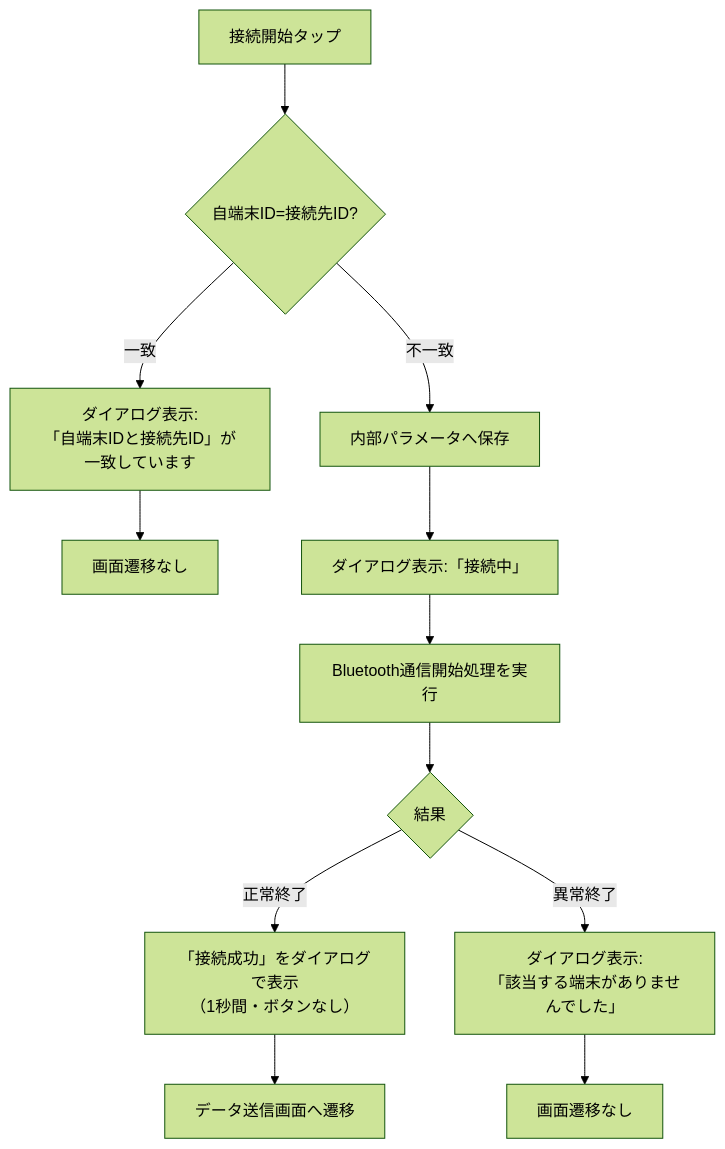
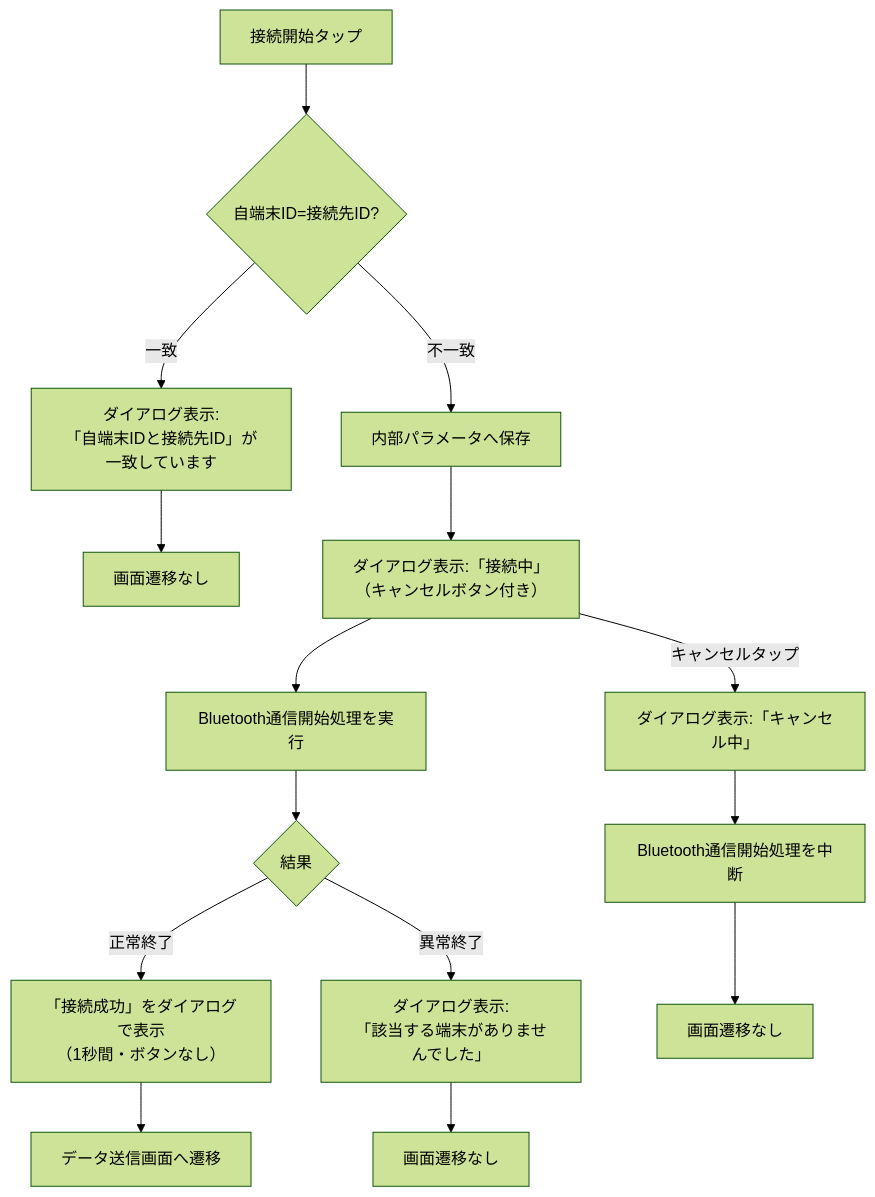
Before and after one commit to 728h7y4bdh-cr/Test.swiftpm: the second of 7 diagrams in docs/design/SS設計書.md, drawn with Mermaid (forest theme). The commit also changed other lines of this file and 3 other files, not shown here.

````diff
--- a/docs/design/SS設計書.md
+++ b/docs/design/SS設計書.md
@@ -84,14 +85,17 @@
 ```mermaid
 flowchart TD
     A[接続開始タップ] --> B{自端末ID=接続先ID?}
     B -->|一致| C[ダイアログ表示:\n「自端末IDと接続先ID」が一致しています]
     C --> Z[画面遷移なし]
     B -->|不一致| D[内部パラメータへ保存]
-    D --> E[ダイアログ表示:「接続中」]
+    D --> E[ダイアログ表示:「接続中」\n（キャンセルボタン付き）]
     E --> F[Bluetooth通信開始処理を実行]
     F --> G{結果}
     G -->|正常終了| H["「接続成功」をダイアログで表示<br/>（1秒間・ボタンなし）"]
     H --> I[データ送信画面へ遷移]
     G -->|異常終了| J[ダイアログ表示:\n「該当する端末がありませんでした」]
     J --> Z2[画面遷移なし]
+    E -->|キャンセルタップ| K[ダイアログ表示:「キャンセル中」]
+    K --> L[Bluetooth通信開始処理を中断]
+    L --> Z3[画面遷移なし]
 ```
````
